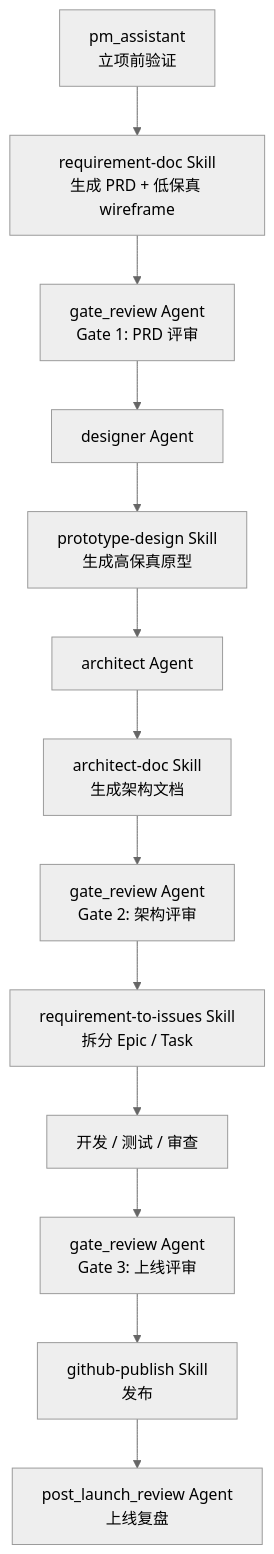
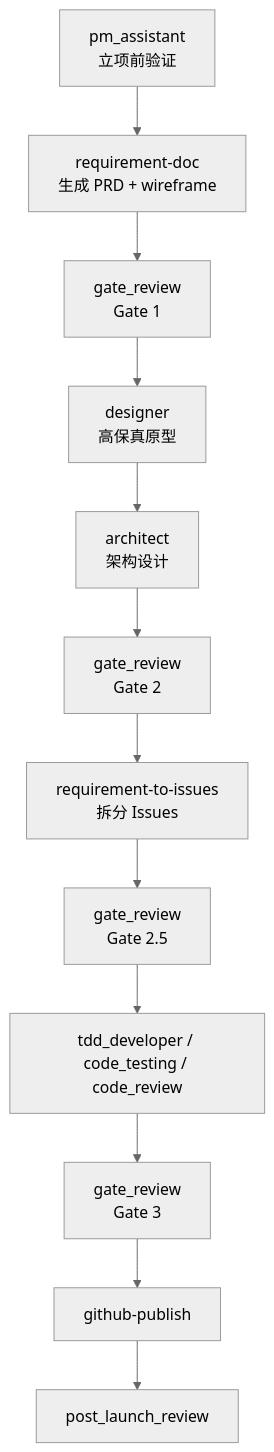
The first of 2 diagrams in Hands-on/hands-on-guide.md (nickhou1983/PM-Project), drawn with Mermaid (neutral theme) before and after one commit. The commit also changed other lines of this file and 41 other files, not shown here.

````diff
--- a/Hands-on/hands-on-guide.md
+++ b/Hands-on/hands-on-guide.md
@@ -149,15 +123,14 @@
 ```mermaid
 flowchart TD
-    A["pm_assistant<br/>立项前验证"] --> B["requirement-doc Skill<br/>生成 PRD + 低保真 wireframe"]
-    B --> C["gate_review Agent<br/>Gate 1: PRD 评审"]
-    C --> D["designer Agent"]
-    D --> E["prototype-design Skill<br/>生成高保真原型"]
-    E --> F["architect Agent"]
-    F --> G["architect-doc Skill<br/>生成架构文档"]
-    G --> H["gate_review Agent<br/>Gate 2: 架构评审"]
-    H --> I["requirement-to-issues Skill<br/>拆分 Epic / Task"]
-    I --> J["开发 / 测试 / 审查"]
-    J --> K["gate_review Agent<br/>Gate 3: 上线评审"]
-    K --> L["github-publish Skill<br/>发布"]
-    L --> M["post_launch_review Agent<br/>上线复盘"]
+    A["pm_assistant<br/>立项前验证"] --> B["requirement-doc<br/>生成 PRD + wireframe"]
+    B --> C["gate_review<br/>Gate 1"]
+    C --> D["designer<br/>高保真原型"]
+    D --> E["architect<br/>架构设计"]
+    E --> F["gate_review<br/>Gate 2"]
+    F --> G["requirement-to-issues<br/>拆分 Issues"]
+    G --> H["gate_review<br/>Gate 2.5"]
+    H --> I["tdd_developer / code_testing / code_review"]
+    I --> J["gate_review<br/>Gate 3"]
+    J --> K["github-publish"]
+    K --> L["post_launch_review"]
 ```
````
